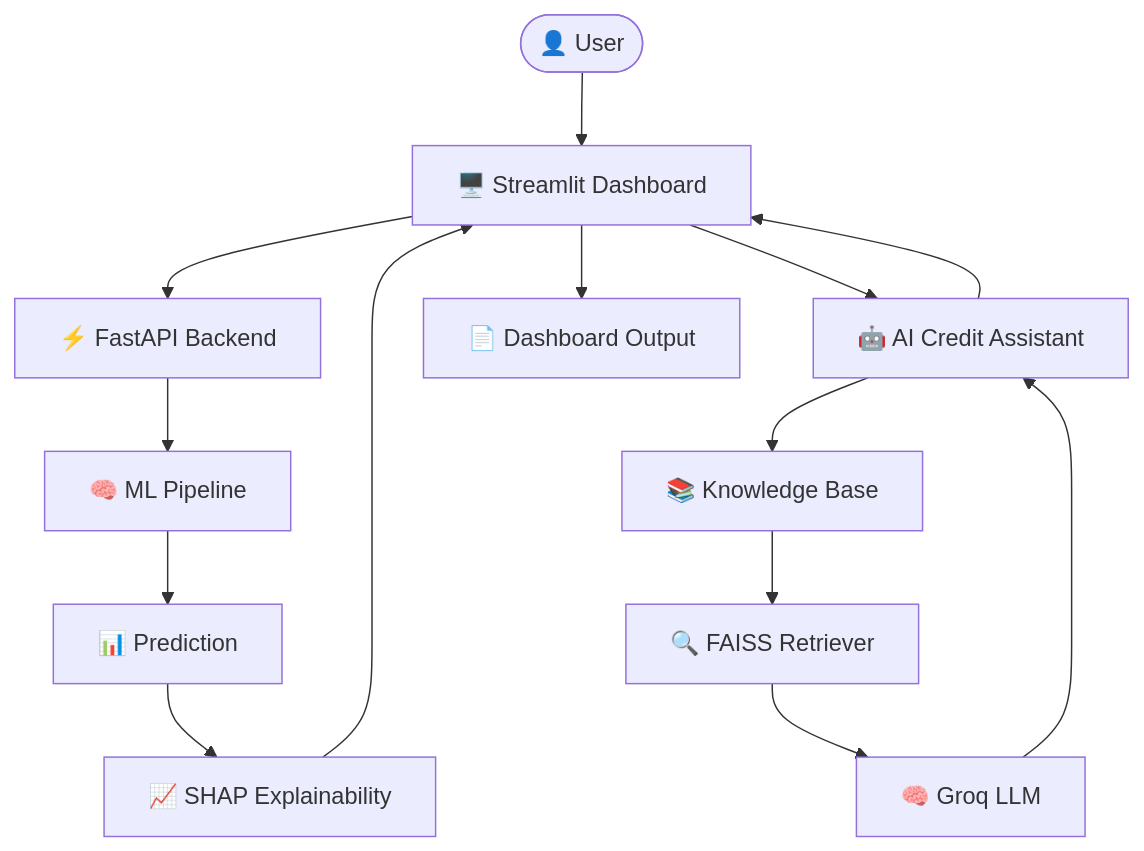
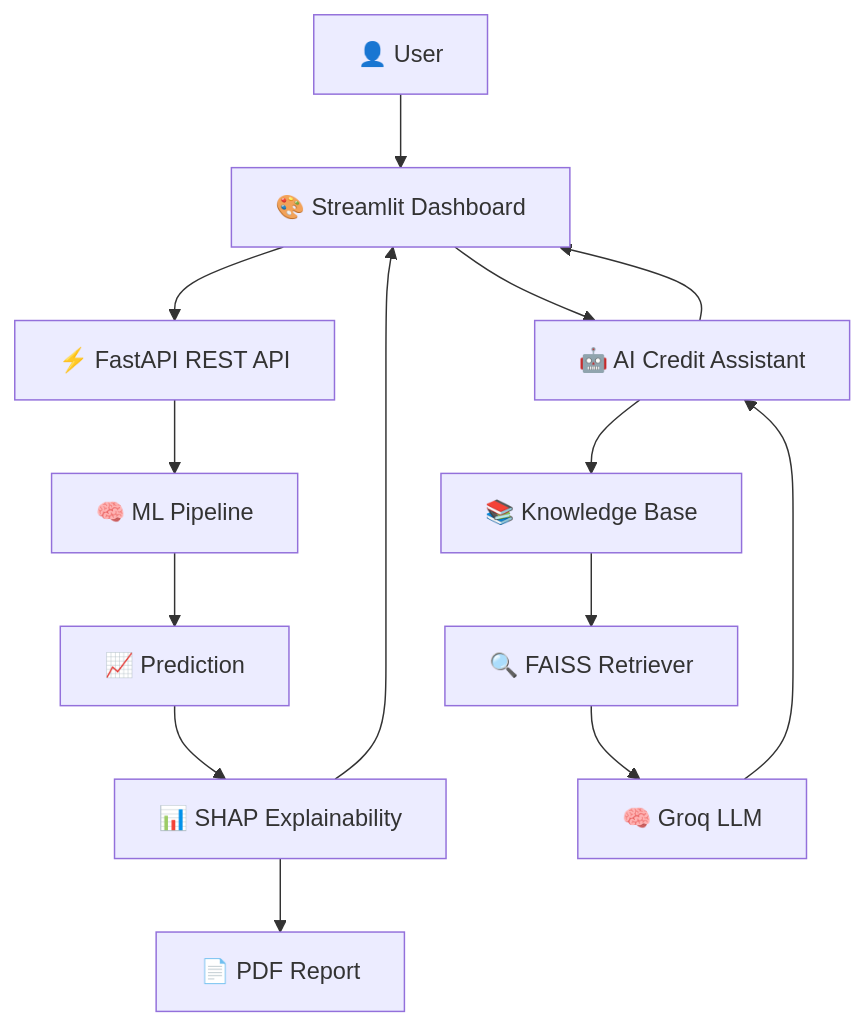
One commit to krish8986/AI-Predictive-Methods-for-Credit-underwriting changed the diagram in README.md. Above: the diagram before and after it, drawn with Mermaid. The commit also changed other lines of this file and 7 other files, not shown here.

````diff
--- a/README.md
+++ b/README.md
@@ -82,41 +207,51 @@
 ```mermaid
 flowchart TD
 
-    U([👤 User])
+A[👤 User]
 
-    S["🖥️ Streamlit Dashboard"]
+B[🎨 Streamlit Dashboard]
 
-    F["⚡ FastAPI Backend"]
+C[⚡ FastAPI REST API]
 
-    P["🧠 ML Pipeline"]
+D[🧠 ML Pipeline]
 
-    R["📊 Prediction"]
+E[📈 Prediction]
 
-    X["📈 SHAP Explainability"]
+F[📊 SHAP Explainability]
 
-    AI["🤖 AI Credit Assistant"]
+G[📄 PDF Report]
 
-    KB["📚 Knowledge Base"]
+H[🤖 AI Credit Assistant]
 
-    V["🔍 FAISS Retriever"]
+I[📚 Knowledge Base]
 
-    G["🧠 Groq LLM"]
+J[🔍 FAISS Retriever]
 
-    O["📄 Dashboard Output"]
+K[🧠 Groq LLM]
 
-    U --> S
-    S --> F
-    F --> P
-    P --> R
-    R --> X
-    X --> S
+A --> B
 
-    S --> AI
-    AI --> KB
-    KB --> V
-    V --> G
-    G --> AI
-    AI --> S
+B --> C
 
-    S --> O
+C --> D
+
+D --> E
+
+E --> F
+
+F --> G
+
+F --> B
+
+B --> H
+
+H --> I
+
+I --> J
+
+J --> K
+
+K --> H
+
+H --> B
 ```
````
